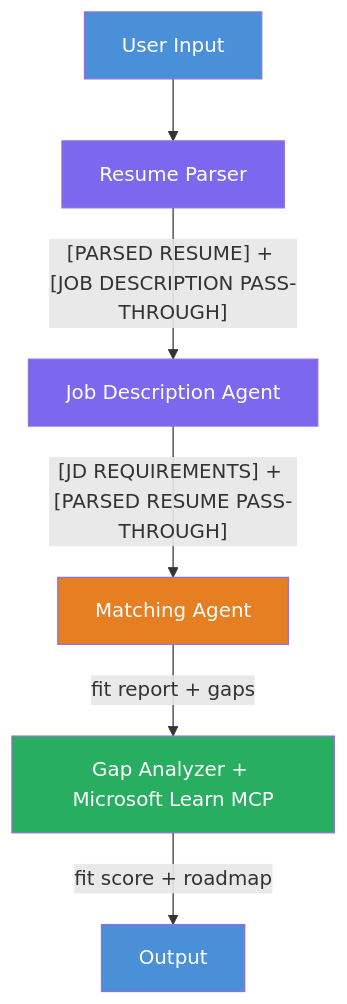
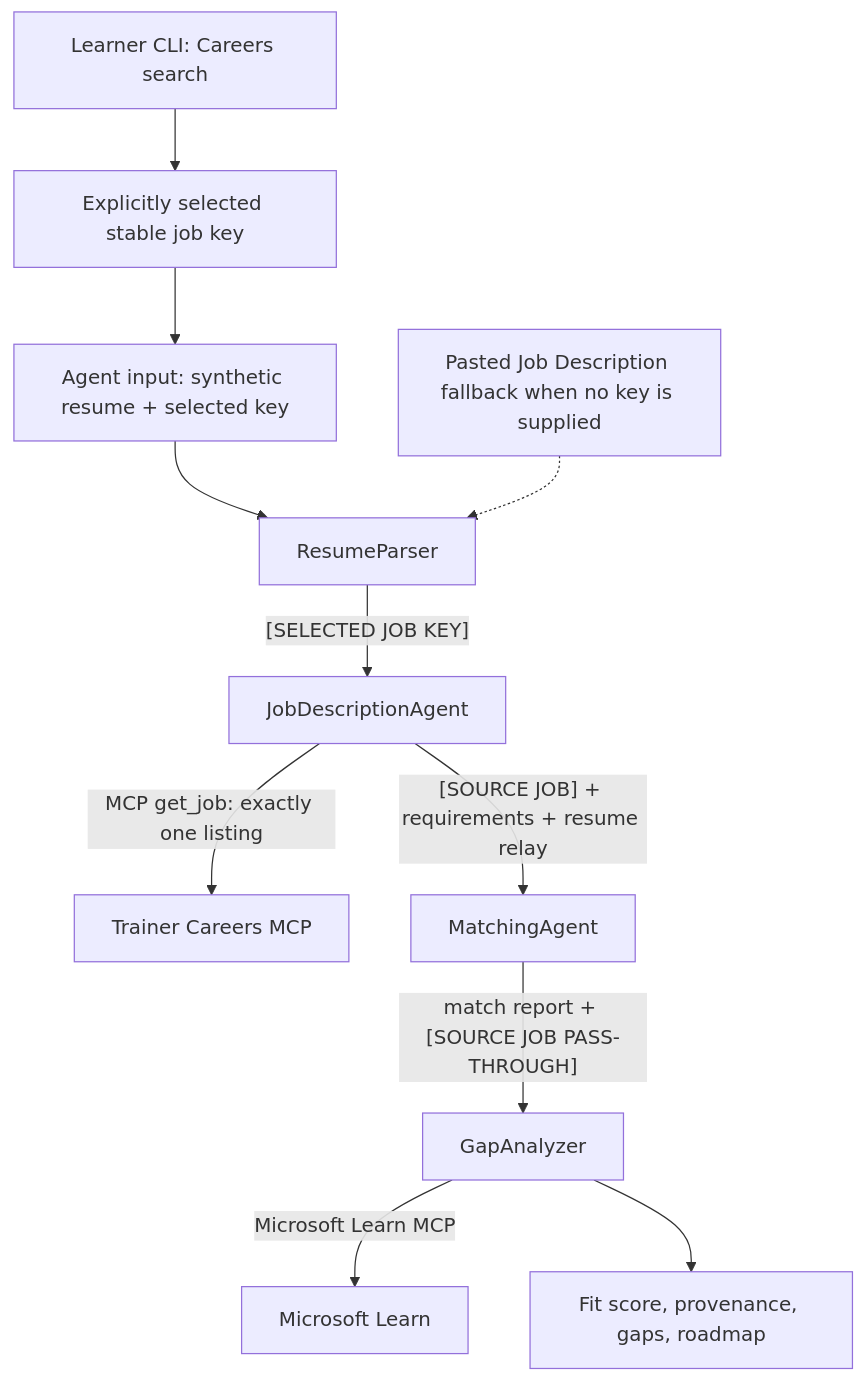
One commit to MinHeinA/Foundry_Toolkit_for_VSCode_Lab changed the diagram in workshop/lab02-multi-agent/README.md. Above: the diagram before and after it, drawn with Mermaid. The commit also changed other lines of this file and 76 other files, not shown here.

First line of the commit message:
feat(lab02): integrate shared Careers MCP workflow

````diff
--- a/workshop/lab02-multi-agent/README.md
+++ b/workshop/lab02-multi-agent/README.md
@@ -13,15 +18,14 @@
 ```mermaid
 flowchart TD
-    A["User Input"] --> B["Resume Parser"]
-    B -->|"[PARSED RESUME] + [JOB DESCRIPTION PASS-THROUGH]"| C["Job Description Agent"]
-    C -->|"[JD REQUIREMENTS] + [PARSED RESUME PASS-THROUGH]"| D["Matching Agent"]
-    D -->|fit report + gaps| E["Gap Analyzer + Microsoft Learn MCP"]
-    E -->|fit score + roadmap| F["Output"]
+    S["Learner CLI: Careers search"] --> K["Explicitly selected stable job key"]
+    K --> U["Agent input: synthetic resume + selected key"]
+    U --> RP["ResumeParser"]
+    RP -->|"[SELECTED JOB KEY]"| JD["JobDescriptionAgent"]
+    JD -->|"MCP get_job: exactly one listing"| CMCP["Trainer Careers MCP"]
+    JD -->|"[SOURCE JOB] + requirements + resume relay"| MA["MatchingAgent"]
+    MA -->|"match report + [SOURCE JOB PASS-THROUGH]"| GA["GapAnalyzer"]
+    GA -->|"Microsoft Learn MCP"| LMCP["Microsoft Learn"]
+    GA --> O["Fit score, provenance, gaps, roadmap"]
 
-    style A fill:#4A90D9,color:#fff
-    style B fill:#7B68EE,color:#fff
-    style C fill:#7B68EE,color:#fff
-    style D fill:#E67E22,color:#fff
-    style E fill:#27AE60,color:#fff
-    style F fill:#4A90D9,color:#fff
+    P["Pasted Job Description fallback when no key is supplied"] -.-> RP
 ```
````
